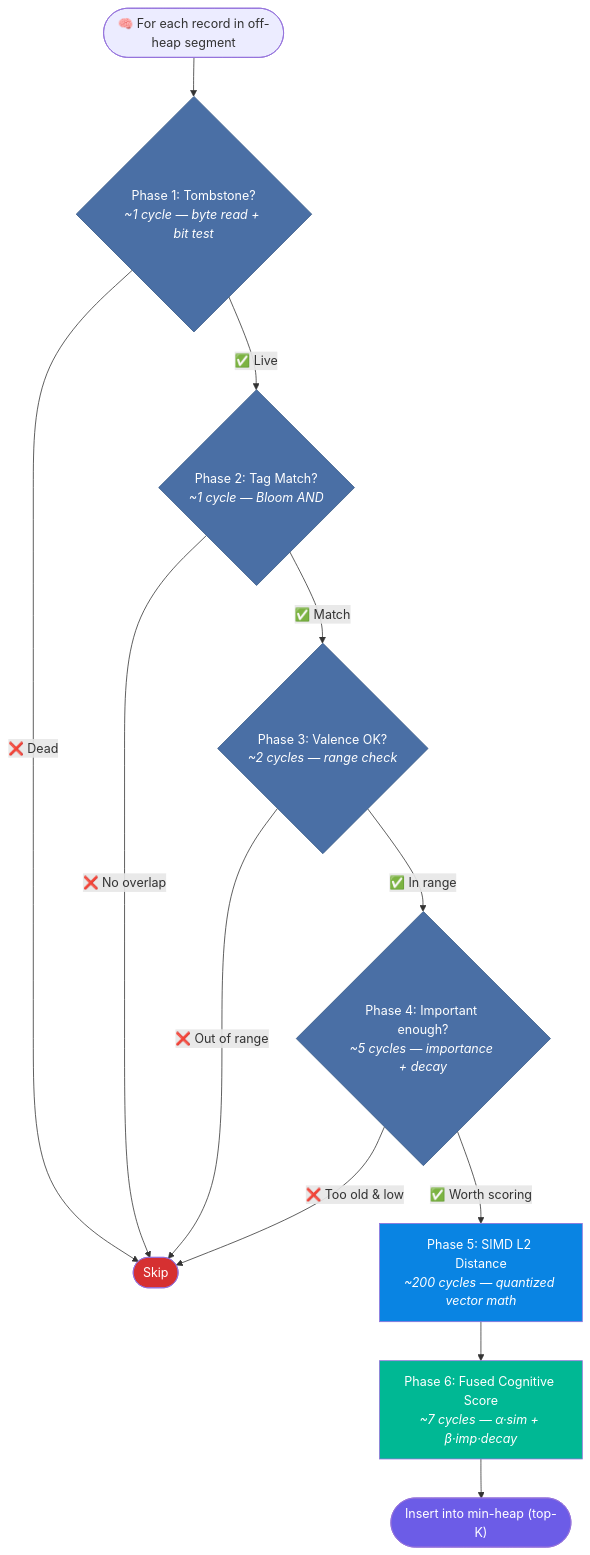
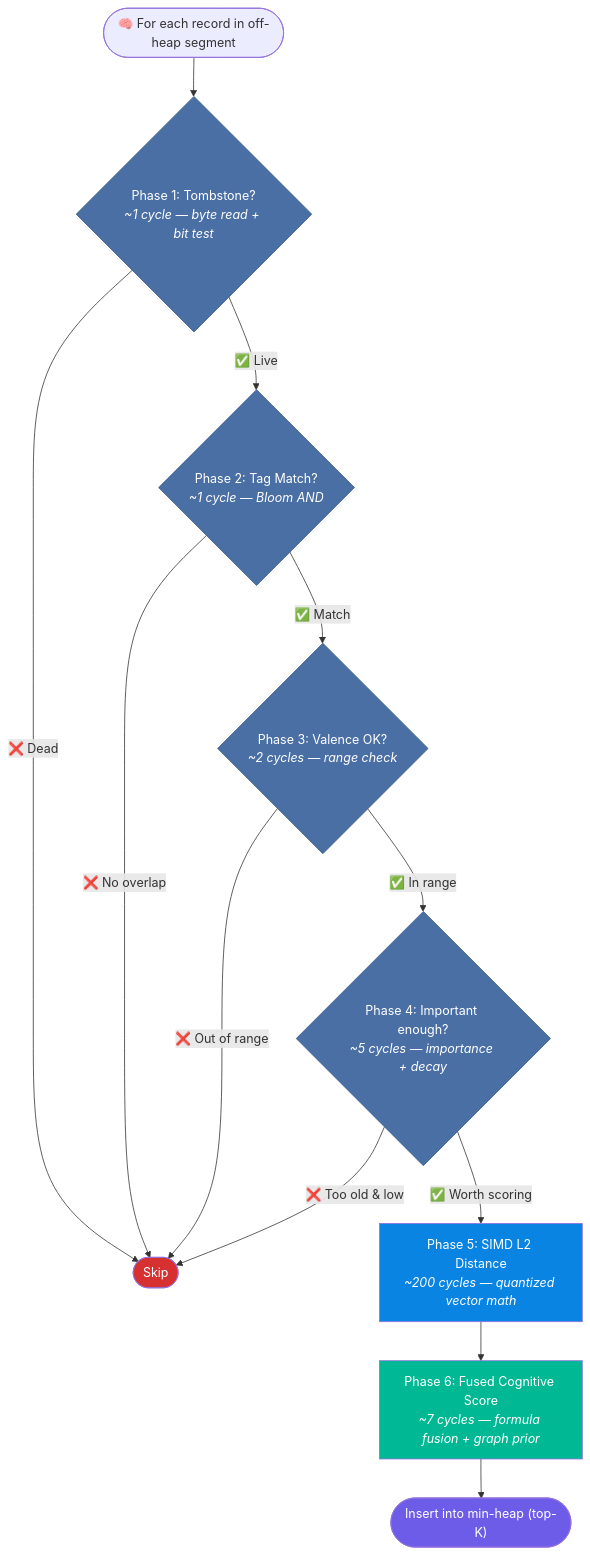
The first of 10 diagrams in docs/docs/memory/scoring-pipeline.md (spectrayan/spector), drawn with Mermaid before and after one commit. The commit also changed other lines of this file and 71 other files, not shown here.

````diff
--- a/docs/docs/memory/scoring-pipeline.md
+++ b/docs/docs/memory/scoring-pipeline.md
@@ -58,35 +65,35 @@
 ```mermaid
 flowchart TD
     START(["🧠 For each record in off-heap segment"]) --> P1
 
     P1{"Phase 1: Tombstone?<br/><i>~1 cycle — byte read + bit test</i>"}
     P1 -->|"❌ Dead"| SKIP([Skip])
     P1 -->|"✅ Live"| P2
 
     P2{"Phase 2: Tag Match?<br/><i>~1 cycle — Bloom AND</i>"}
     P2 -->|"❌ No overlap"| SKIP
     P2 -->|"✅ Match"| P3
 
     P3{"Phase 3: Valence OK?<br/><i>~2 cycles — range check</i>"}
     P3 -->|"❌ Out of range"| SKIP
     P3 -->|"✅ In range"| P4
 
     P4{"Phase 4: Important enough?<br/><i>~5 cycles — importance + decay</i>"}
     P4 -->|"❌ Too old & low"| SKIP
     P4 -->|"✅ Worth scoring"| P5
 
     P5["Phase 5: SIMD L2 Distance<br/><i>~200 cycles — quantized vector math</i>"]
     P5 --> P6
 
-    P6["Phase 6: Fused Cognitive Score<br/><i>~7 cycles — α·sim + β·imp·decay</i>"]
+    P6["Phase 6: Fused Cognitive Score<br/><i>~7 cycles — formula fusion + graph prior</i>"]
     P6 --> HEAP(["Insert into min-heap (top-K)"])
 
     style P1 fill:#4a6fa5,color:white,stroke:#375985
     style P2 fill:#4a6fa5,color:white,stroke:#375985
     style P3 fill:#4a6fa5,color:white,stroke:#375985
     style P4 fill:#4a6fa5,color:white,stroke:#375985
     style P5 fill:#0984e3,color:white
     style P6 fill:#00b894,color:white
     style SKIP fill:#d63031,color:white
     style HEAP fill:#6c5ce7,color:white
 ```
````
